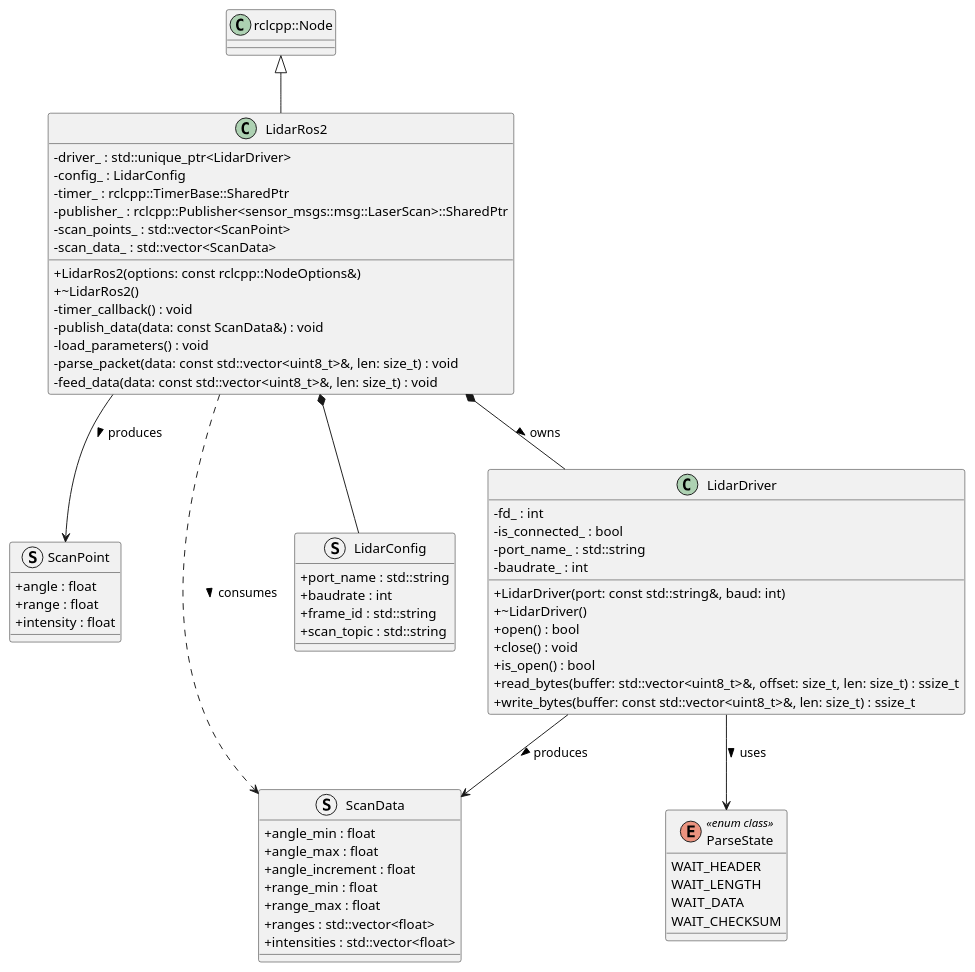
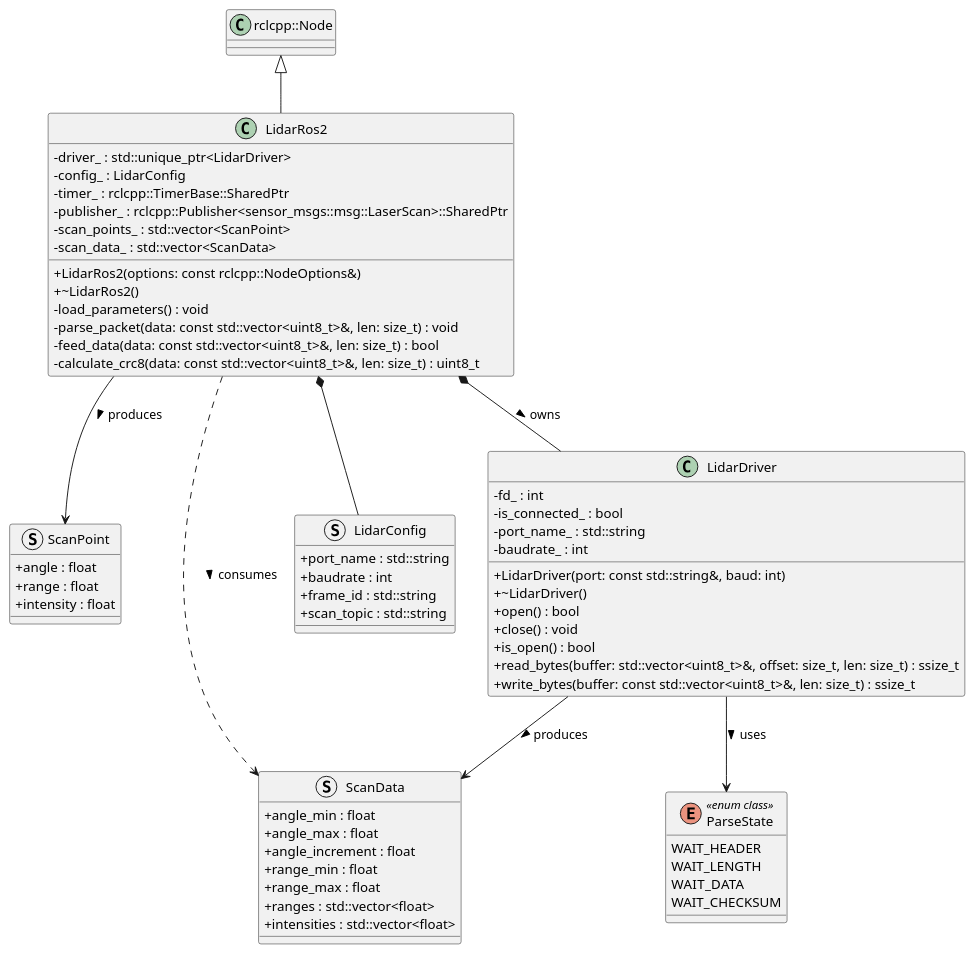
One commit to ngthanhvinh1996/ROS2 changed the diagram in ros2_ws/src/lidar/design/lidar_class.puml. Above: the diagram before and after it, drawn with PlantUML. The commit also changed 12 other files, not shown here.

```diff
--- a/ros2_ws/src/lidar/design/lidar_class.puml
+++ b/ros2_ws/src/lidar/design/lidar_class.puml
@@ -1,80 +1,79 @@
 @startuml
 skinparam classAttributeIconSize 0
 
 enum ParseState <<enum class>> {
   WAIT_HEADER
   WAIT_LENGTH
   WAIT_DATA
   WAIT_CHECKSUM
 }
 
 struct ScanPoint {
   + angle : float
   + range : float
   + intensity : float
 }
 
 struct ScanData {
   + angle_min : float
   + angle_max : float
   + angle_increment : float
   + range_min : float
   + range_max : float
   + ranges : std::vector<float>
   + intensities : std::vector<float>
 }
 
 struct LidarConfig {
   + port_name : std::string
   + baudrate : int
   + frame_id : std::string
   + scan_topic : std::string
 }
 
 class LidarDriver {
   - fd_ : int
   - is_connected_ : bool
   - port_name_ : std::string
   - baudrate_ : int
 
   + LidarDriver(port: const std::string&, baud: int)
   + ~LidarDriver()
   + open() : bool
   + close() : void
   + is_open() : bool
   + read_bytes(buffer: std::vector<uint8_t>&, offset: size_t, len: size_t) : ssize_t
   + write_bytes(buffer: const std::vector<uint8_t>&, len: size_t) : ssize_t
 }
 
 class "rclcpp::Node" as Node {
 }
 
 class LidarRos2 {
   - driver_ : std::unique_ptr<LidarDriver>
   - config_ : LidarConfig
   - timer_ : rclcpp::TimerBase::SharedPtr
   - publisher_ : rclcpp::Publisher<sensor_msgs::msg::LaserScan>::SharedPtr
   - scan_points_ : std::vector<ScanPoint>
   - scan_data_ : std::vector<ScanData>
 
   + LidarRos2(options: const rclcpp::NodeOptions&)
   + ~LidarRos2()
-  - timer_callback() : void
-  - publish_data(data: const ScanData&) : void
   - load_parameters() : void
   - parse_packet(data: const std::vector<uint8_t>&, len: size_t) : void
-  - feed_data(data: const std::vector<uint8_t>&, len: size_t) : void
+  - feed_data(data: const std::vector<uint8_t>&, len: size_t) : bool
+  - calculate_crc8(data: const std::vector<uint8_t>&, len: size_t) : uint8_t
 }
 
 Node <|-- LidarRos2
 
 LidarRos2 *-- LidarDriver : "owns >"
 LidarRos2 *-- LidarConfig
 
 LidarDriver --> ScanData : "produces >"
 LidarDriver --> ParseState : "uses >"
 LidarRos2 --> ScanPoint : "produces >"
 
 LidarRos2 ..> ScanData : "consumes >"
 
 @enduml
```
